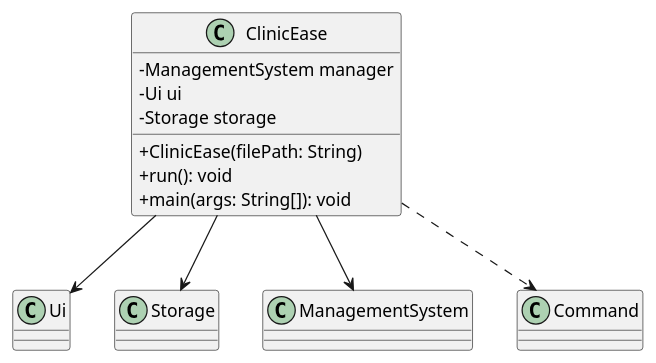
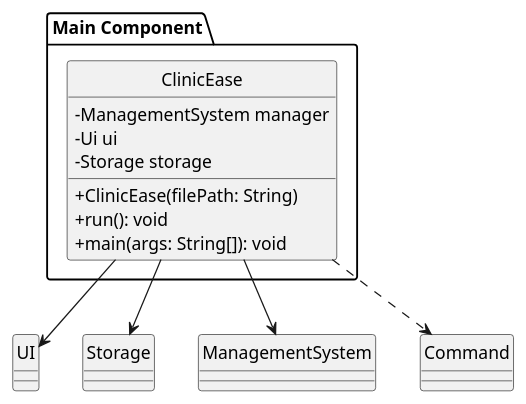
One commit to chwenyee/tp changed the diagram in docs/diagrams/mainComponent.puml. Above: the diagram before and after it, drawn with PlantUML. The commit also changed 6 other files, not shown here.

Commit message:
Updated some component of design architecture

```diff
--- a/docs/diagrams/mainComponent.puml
+++ b/docs/diagrams/mainComponent.puml
@@ -1,18 +1,22 @@
 @startuml
 skinparam classAttributeIconSize 0
 
+package "Main Component"{
 class ClinicEase {
     - ManagementSystem manager
     - Ui ui
     - Storage storage
 
     + ClinicEase(filePath: String)
     + run(): void
     + main(args: String[]): void
 }
+}
 
-ClinicEase --> Ui
+ClinicEase --> UI
 ClinicEase --> Storage
 ClinicEase --> ManagementSystem
 ClinicEase ..> Command
+
+hide circle
 @enduml
```
